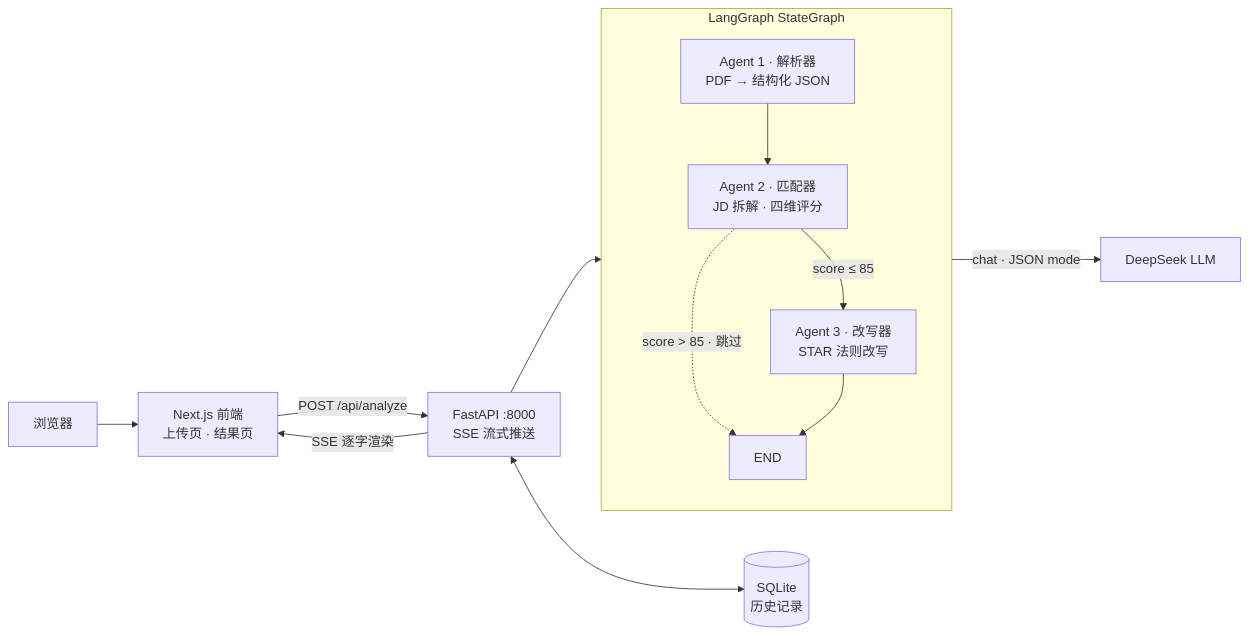
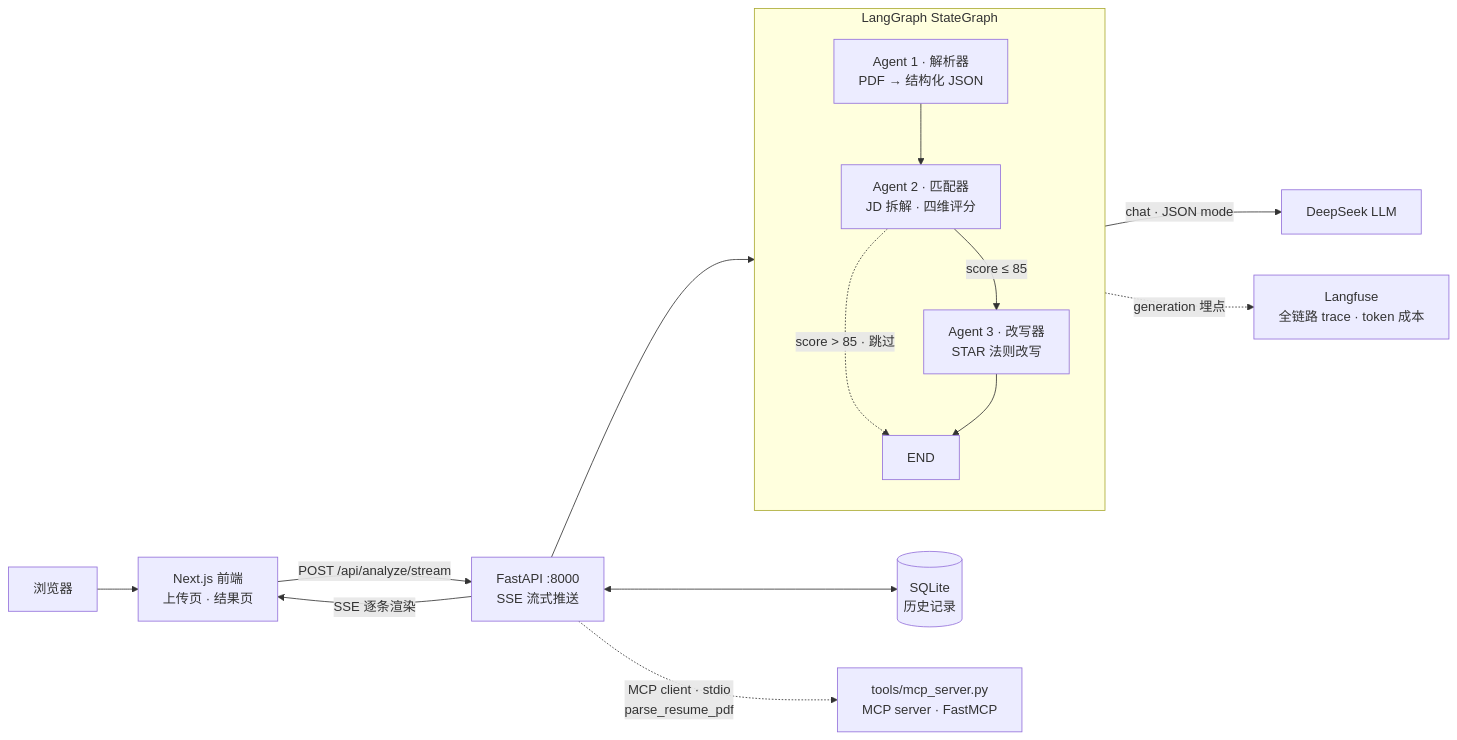
Before and after one commit to sheep719/-Agent-: the diagram in README.md, drawn with Mermaid. The commit also changed other lines of this file and 8 other files, not shown here.

First line of the commit message:
refactor per spec v2: MCP tool layer + Langfuse observability

````diff
--- a/README.md
+++ b/README.md
@@ -14,16 +14,22 @@
 ```mermaid
 flowchart LR
     U[浏览器] --> FE[Next.js 前端<br/>上传页 · 结果页]
-    FE -- "POST /api/analyze" --> BE[FastAPI :8000<br/>SSE 流式推送]
-    BE -- SSE 逐字渲染 --> FE
+    FE -- "POST /api/analyze/stream" --> BE[FastAPI :8000<br/>SSE 流式推送]
+    BE -- SSE 逐条渲染 --> FE
     BE <--> DB[(SQLite<br/>历史记录)]
 
     subgraph LG [LangGraph StateGraph]
         A1[Agent 1 · 解析器<br/>PDF → 结构化 JSON] --> A2[Agent 2 · 匹配器<br/>JD 拆解 · 四维评分]
         A2 -- "score ≤ 85" --> A3[Agent 3 · 改写器<br/>STAR 法则改写]
         A2 -. "score > 85 · 跳过" .-> END
         A3 --> END
     end
     BE --> LG
     LG -- "chat · JSON mode" --> LLM[DeepSeek LLM]
+
+    MCP[tools/mcp_server.py<br/>MCP server · FastMCP]
+    BE -. "MCP client · stdio<br/>parse_resume_pdf" .-> MCP
+
+    LF[Langfuse<br/>全链路 trace · token 成本]
+    LG -. "generation 埋点" .-> LF
 ```
````
